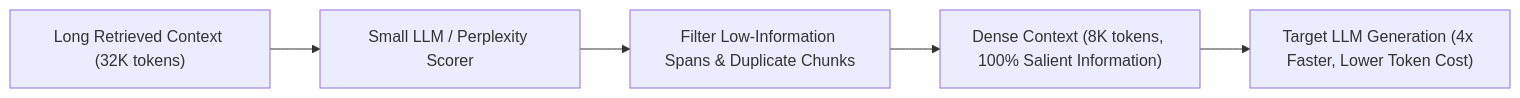
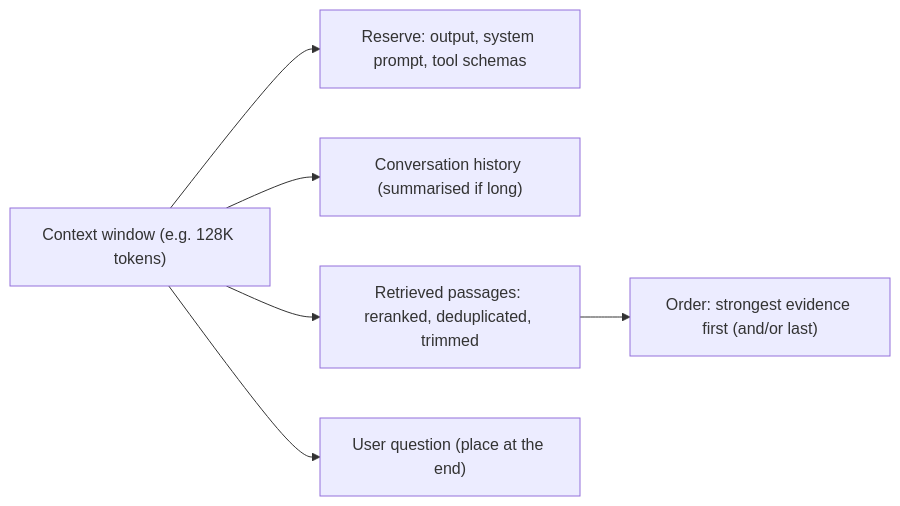
One commit to reddykarthikeya1/AI-Systems-Mastery changed the diagram in 10_Advanced_Retrieval_and_Context_Engineering/Module_09_Context_Optimization_and_NIAH_Testing/01_README.md. Above: the diagram before and after it, drawn with Mermaid. The commit also changed other lines of this file and 54 other files, not shown here.

````diff
--- a/10_Advanced_Retrieval_and_Context_Engineering/Module_09_Context_Optimization_and_NIAH_Testing/01_README.md
+++ b/10_Advanced_Retrieval_and_Context_Engineering/Module_09_Context_Optimization_and_NIAH_Testing/01_README.md
@@ -6,7 +15,8 @@
 ```mermaid
 flowchart LR
-    LongCtx["Long Retrieved Context (32K tokens)"] --> Scorer["Small LLM / Perplexity Scorer"]
-    Scorer --> Mask["Filter Low-Information Spans & Duplicate Chunks"]
-    Mask --> CompressedCtx["Dense Context (8K tokens, 100% Salient Information)"]
-    CompressedCtx --> MainLLM["Target LLM Generation (4x Faster, Lower Token Cost)"]
+    W["Context window (e.g. 128K tokens)"] --> RES["Reserve: output, system prompt, tool schemas"]
+    W --> HIST["Conversation history (summarised if long)"]
+    W --> RET["Retrieved passages: reranked, deduplicated, trimmed"]
+    W --> Q["User question (place at the end)"]
+    RET --> ORD["Order: strongest evidence first (and/or last)"]
 ```
````
